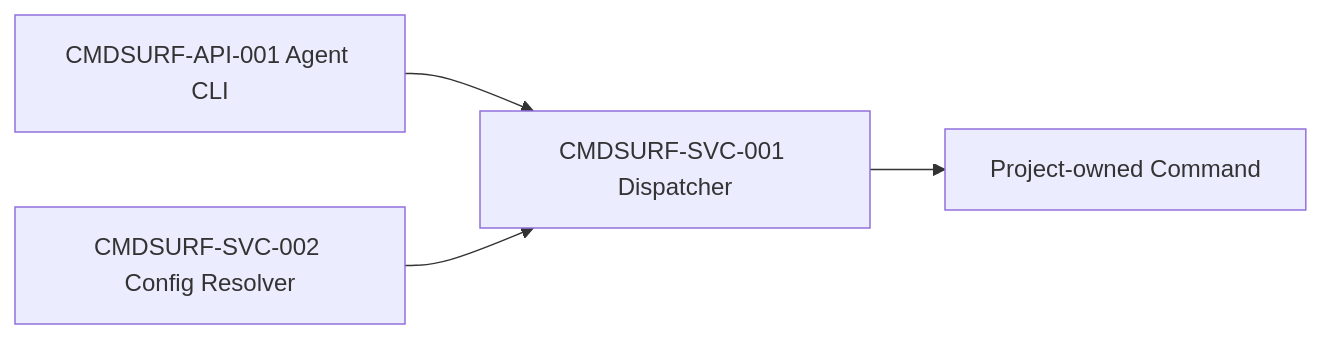
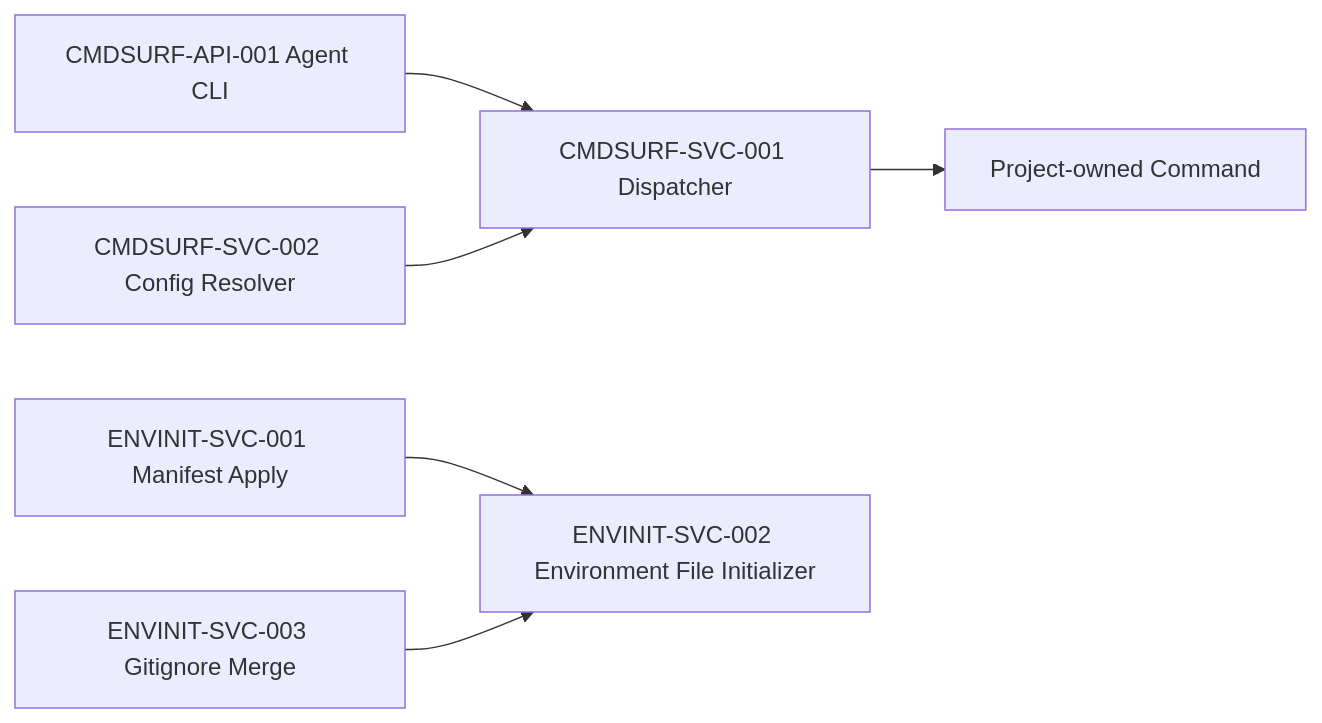
Before and after one commit to hollisyao2024/PromptsEngineering: the diagram in docs/data/component-dependency-graph.md, drawn with Mermaid. The commit also changed other lines of this file and 23 other files, not shown here.

````diff
--- a/docs/data/component-dependency-graph.md
+++ b/docs/data/component-dependency-graph.md
@@ -3,6 +3,8 @@
 ```mermaid
 flowchart LR
   API[CMDSURF-API-001 Agent CLI] --> D[CMDSURF-SVC-001 Dispatcher]
   C[CMDSURF-SVC-002 Config Resolver] --> D
   D --> P[Project-owned Command]
+  M[ENVINIT-SVC-001 Manifest Apply] --> I[ENVINIT-SVC-002 Environment File Initializer]
+  G[ENVINIT-SVC-003 Gitignore Merge] --> I
 ```
````
